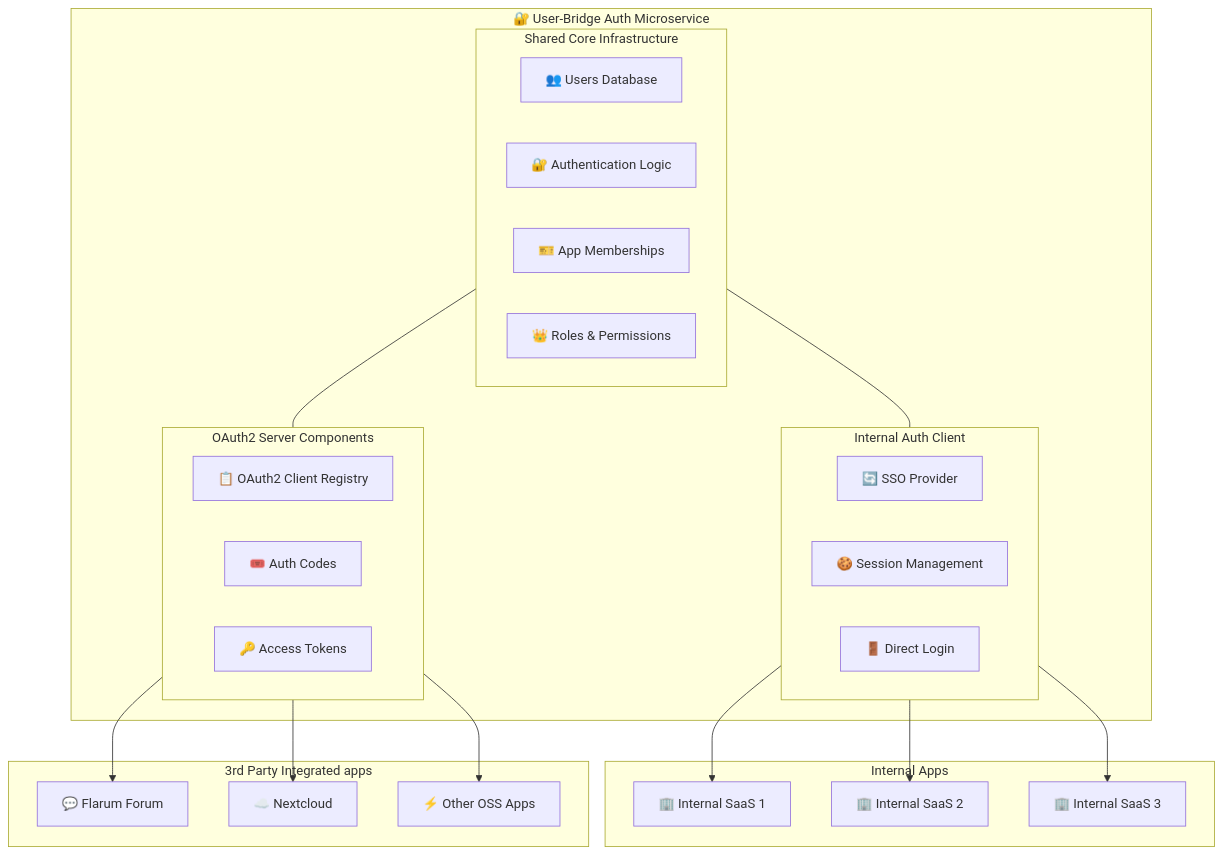
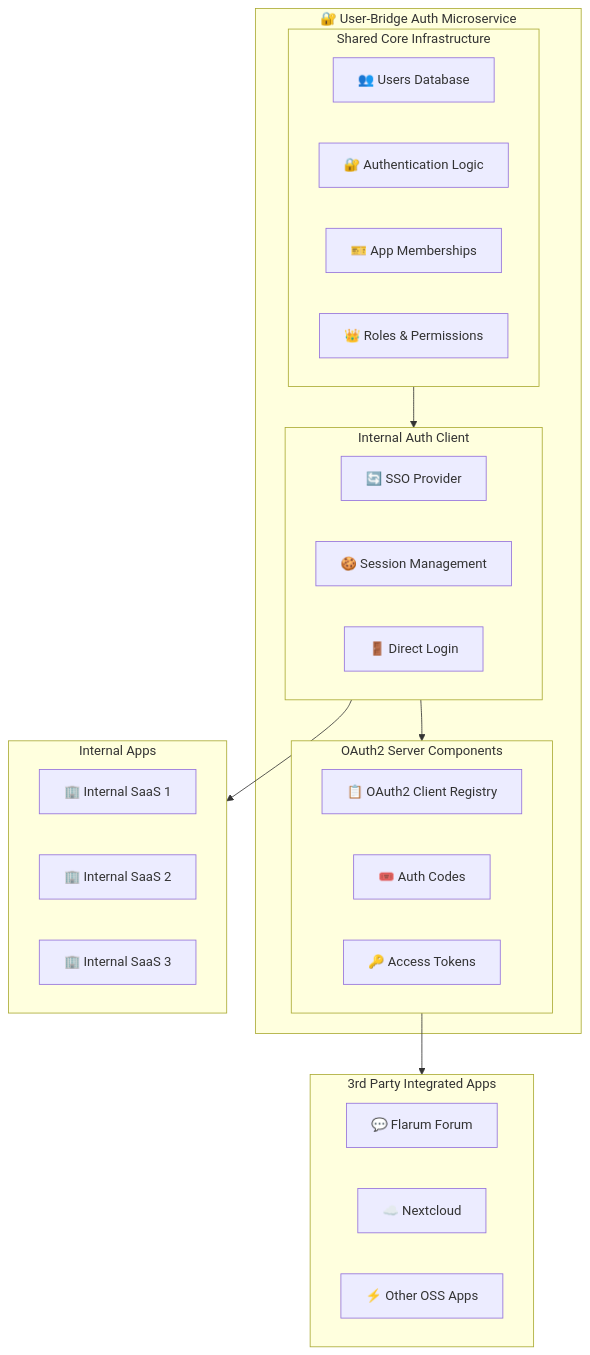
Before and after one commit to pmeaney/user-bridge-062625elm: the diagram in README.md, drawn with Mermaid.

Commit message:
updated readme diagram

````diff
--- a/README.md
+++ b/README.md
@@ -43,51 +43,46 @@
 ```mermaid
 flowchart TD
     subgraph UB["🔐 User-Bridge Auth Microservice"]
         
         subgraph SharedCore["Shared Core Infrastructure"]
             Users[👥 Users Database]
             Auth[🔐 Authentication Logic]
             Memberships[🎫 App Memberships]
             Roles[👑 Roles & Permissions]
         end
         
+        subgraph InternalClient["Internal Auth Client"]
+            SSO[🔄 SSO Provider]
+            Sessions[🍪 Session Management]
+            DirectLogin[🚪 Direct Login]
+        end
+        
         subgraph OAuth2Server["OAuth2 Server Components"]
             Clients[📋 OAuth2 Client Registry]
             Codes[🎟️ Auth Codes]
             Tokens[🔑 Access Tokens]
         end
         
-        subgraph InternalClient["Internal Auth Client"]
-            SSO[🔄 SSO Provider]
-            Sessions[🍪 Session Management]
-            DirectLogin[🚪 Direct Login]
-        end
-        
-        %% Both components access shared core
-        SharedCore --- OAuth2Server
-        SharedCore --- InternalClient
+        %% Dependencies within User-Bridge
+        SharedCore --> InternalClient
+        InternalClient --> OAuth2Server
     end
     
     subgraph Internal["Internal Apps"]
         App1[🏢 Internal SaaS 1]
         App2[🏢 Internal SaaS 2] 
         App3[🏢 Internal SaaS 3]
     end
     
-    subgraph ThirdParty["3rd Party  Integrated apps"]
-
+    subgraph ThirdParty["3rd Party Integrated Apps"]
         Flarum[💬 Flarum Forum]
         Nextcloud[☁️ Nextcloud]
         Other[⚡ Other OSS Apps]
     end
     
     %% Internal Auth Flow
-    InternalClient --> App1
-    InternalClient --> App2
-    InternalClient --> App3
+    InternalClient --> Internal
     
     %% OAuth2 Flow for Third-Party Apps
-    OAuth2Server --> Flarum
-    OAuth2Server --> Nextcloud
-    OAuth2Server --> Other
+    OAuth2Server --> ThirdParty
 ```
````
